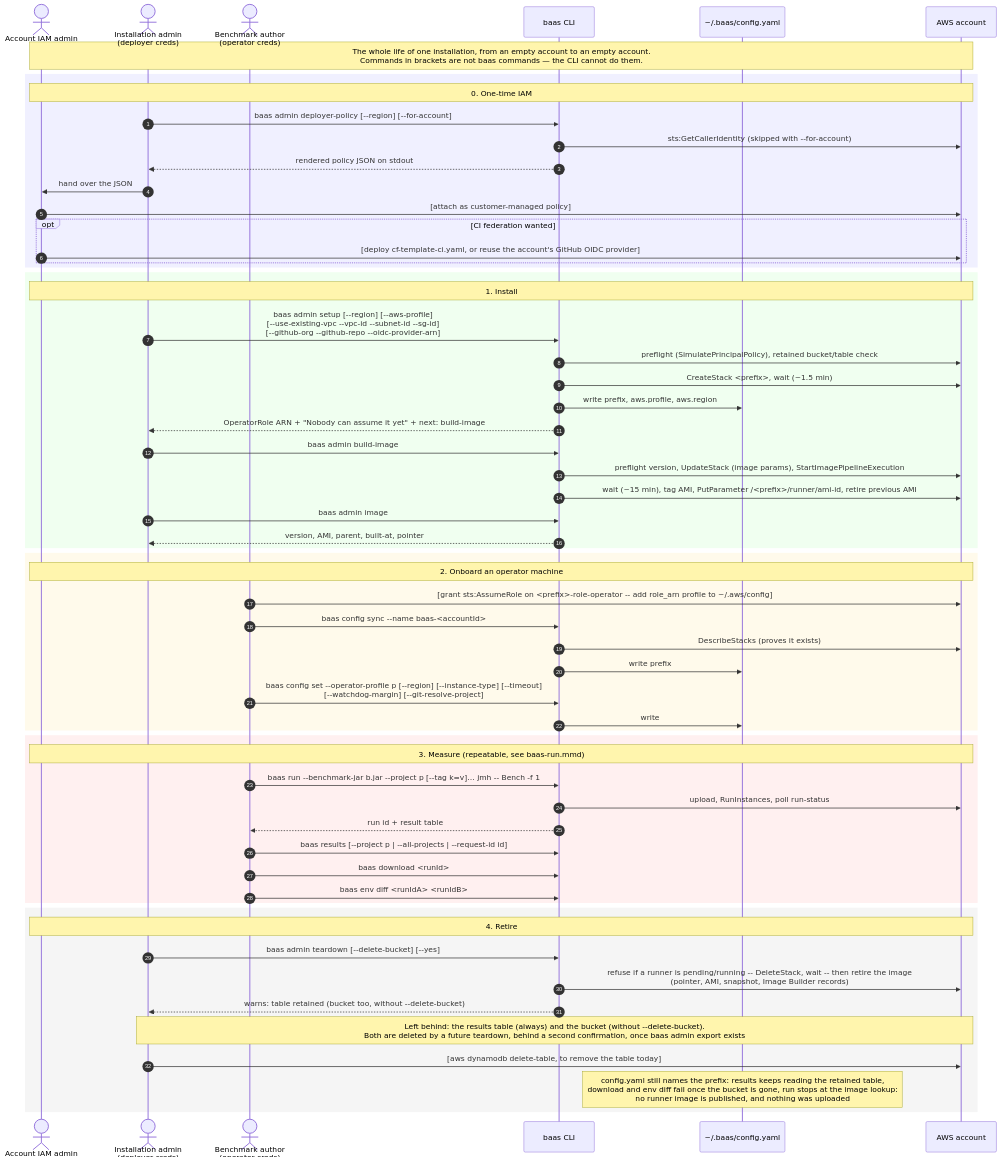
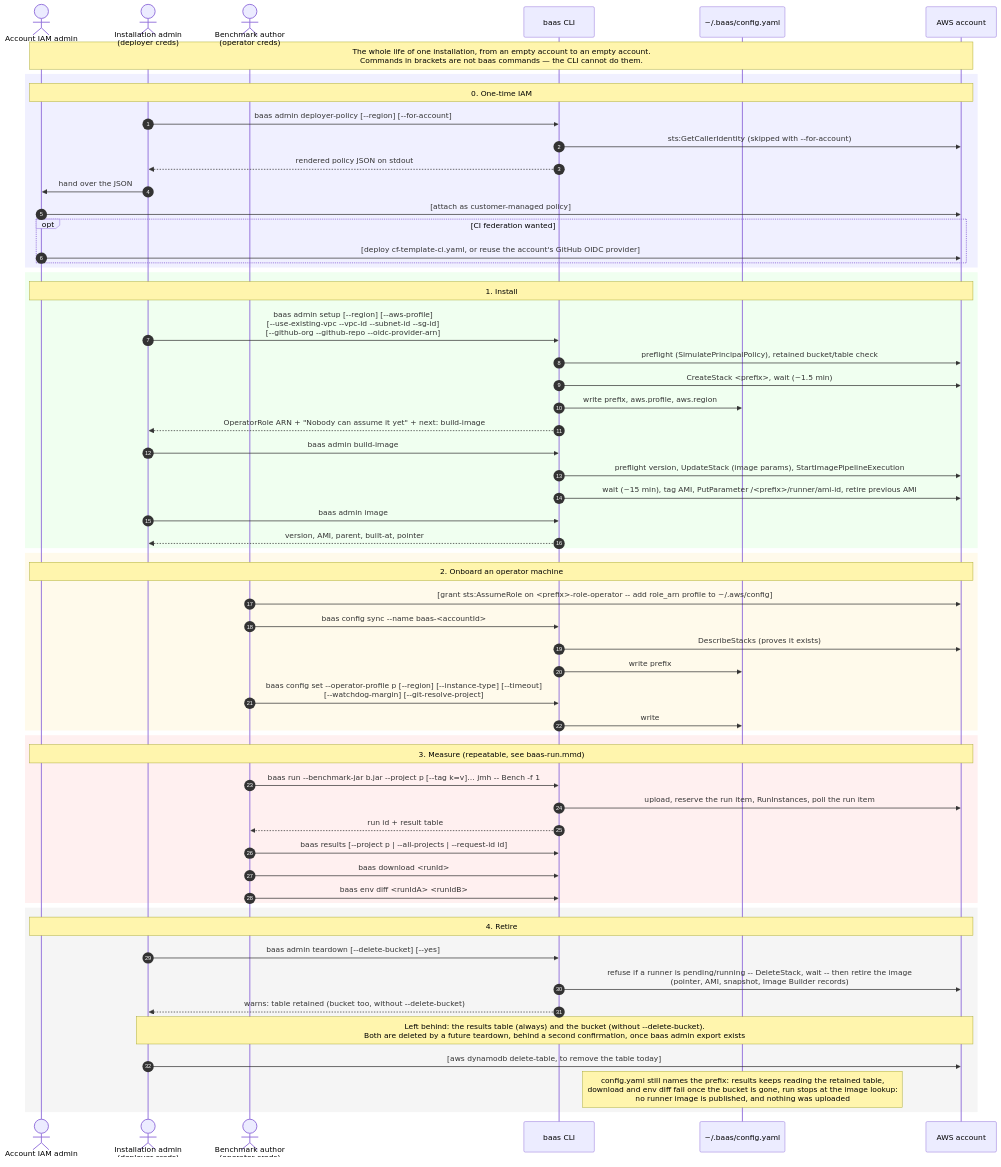
Before and after one commit to wsztajerowski/benchmark-as-a-service: the diagram in docs/diagrams/baas-lifecycle.mmd, drawn with Mermaid. The commit also changed 18 other files, not shown here.

```diff
--- a/docs/diagrams/baas-lifecycle.mmd
+++ b/docs/diagrams/baas-lifecycle.mmd
@@ -1,66 +1,66 @@
 sequenceDiagram
     autonumber
     actor IA as Account IAM admin
     actor Adm as Installation admin<br/>(deployer creds)
     actor Op as Benchmark author<br/>(operator creds)
     participant CLI as baas CLI
     participant CFG as ~/.baas/config.yaml
     participant AWS as AWS account
 
     Note over IA,AWS: The whole life of one installation, from an empty account to an empty account.<br/>Commands in brackets are not baas commands — the CLI cannot do them.
 
     rect rgb(240, 240, 255)
         Note over IA,AWS: 0. One-time IAM
         Adm->>CLI: baas admin deployer-policy [--region] [--for-account]
         CLI->>AWS: sts:GetCallerIdentity (skipped with --for-account)
         CLI-->>Adm: rendered policy JSON on stdout
         Adm->>IA: hand over the JSON
         IA->>AWS: [attach as customer-managed policy]
         opt CI federation wanted
             IA->>AWS: [deploy cf-template-ci.yaml, or reuse the account's GitHub OIDC provider]
         end
     end
 
     rect rgb(240, 255, 240)
         Note over IA,AWS: 1. Install
         Adm->>CLI: baas admin setup [--region] [--aws-profile]<br/>[--use-existing-vpc --vpc-id --subnet-id --sg-id]<br/>[--github-org --github-repo --oidc-provider-arn]
         CLI->>AWS: preflight (SimulatePrincipalPolicy), retained bucket/table check
         CLI->>AWS: CreateStack <prefix>, wait (~1.5 min)
         CLI->>CFG: write prefix, aws.profile, aws.region
         CLI-->>Adm: OperatorRole ARN + "Nobody can assume it yet" + next: build-image
         Adm->>CLI: baas admin build-image
         CLI->>AWS: preflight version, UpdateStack (image params), StartImagePipelineExecution
         CLI->>AWS: wait (~15 min), tag AMI, PutParameter /<prefix>/runner/ami-id, retire previous AMI
         Adm->>CLI: baas admin image
         CLI-->>Adm: version, AMI, parent, built-at, pointer
     end
 
     rect rgb(255, 250, 235)
         Note over IA,AWS: 2. Onboard an operator machine
         Op->>AWS: [grant sts:AssumeRole on <prefix>-role-operator -- add role_arn profile to ~/.aws/config]
         Op->>CLI: baas config sync --name baas-<accountId>
         CLI->>AWS: DescribeStacks (proves it exists)
         CLI->>CFG: write prefix
         Op->>CLI: baas config set --operator-profile p [--region] [--instance-type] [--timeout]<br/>[--watchdog-margin] [--git-resolve-project]
         CLI->>CFG: write
     end
 
     rect rgb(255, 240, 240)
         Note over IA,AWS: 3. Measure (repeatable, see baas-run.mmd)
         Op->>CLI: baas run --benchmark-jar b.jar --project p [--tag k=v]… jmh -- Bench -f 1
-        CLI->>AWS: upload, RunInstances, poll run-status
+        CLI->>AWS: upload, reserve the run item, RunInstances, poll the run item
         CLI-->>Op: run id + result table
         Op->>CLI: baas results [--project p | --all-projects | --request-id id]
         Op->>CLI: baas download <runId>
         Op->>CLI: baas env diff <runIdA> <runIdB>
     end
 
     rect rgb(245, 245, 245)
         Note over IA,AWS: 4. Retire
         Adm->>CLI: baas admin teardown [--delete-bucket] [--yes]
         CLI->>AWS: refuse if a runner is pending/running -- DeleteStack, wait -- then retire the image<br/>(pointer, AMI, snapshot, Image Builder records)
         CLI-->>Adm: warns: table retained (bucket too, without --delete-bucket)
         Note over Adm,AWS: Left behind: the results table (always) and the bucket (without --delete-bucket).<br/>Both are deleted by a future teardown, behind a second confirmation, once baas admin export exists
         Adm->>AWS: [aws dynamodb delete-table, to remove the table today]
         Note over CFG: config.yaml still names the prefix: results keeps reading the retained table,<br/>download and env diff fail once the bucket is gone, run stops at the image lookup:<br/>no runner image is published, and nothing was uploaded
     end
```
